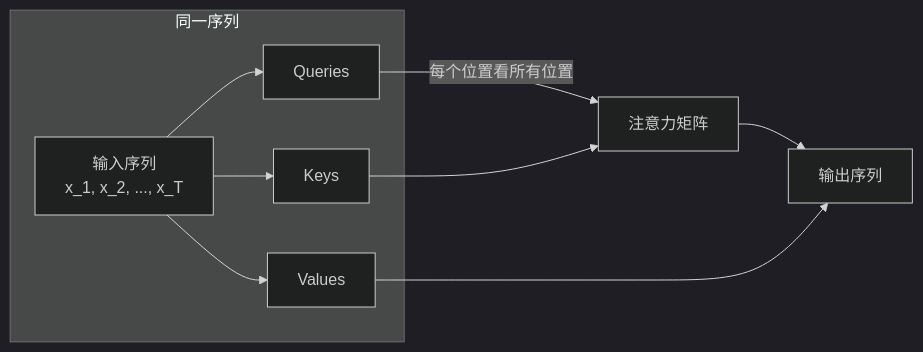
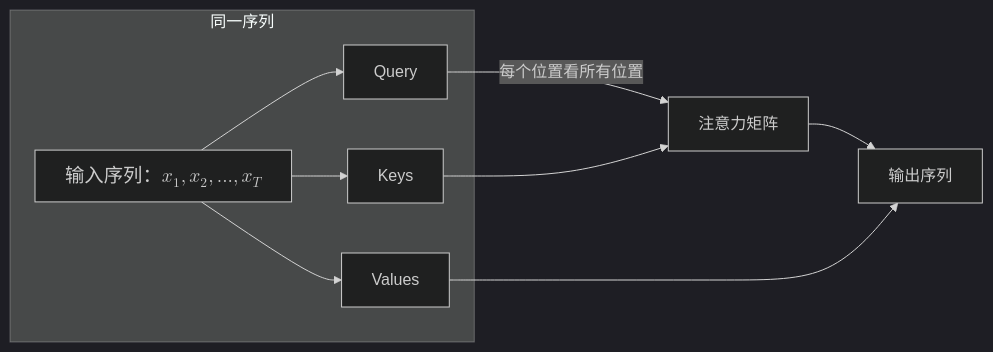
Before and after one commit to fenixsoft/dmla: the third of 4 diagrams in docs/language-models/architecture-basics/transformer-architecture.md, drawn with Mermaid (dark theme). The commit also changed other lines of this file and 23 other files, not shown here.

````diff
--- a/docs/language-models/architecture-basics/transformer-architecture.md
+++ b/docs/language-models/architecture-basics/transformer-architecture.md
@@ -70,18 +79,18 @@
-```mermaid
+```mermaid compact
 graph LR
     subgraph 同一序列
-        X["输入序列<br/>x_1, x_2, ..., x_T"]
-        Q["Queries"]
+        X["$$输入序列：x_1, x_2, ..., x_T$$"]
+        Q["Query"]
         K["Keys"]
         V["Values"]
     end
     
     X --> Q
     X --> K
     X --> V
     
     Q -->|"每个位置看所有位置"| ATT["注意力矩阵"]
     K --> ATT
     ATT --> OUT["输出序列"]
     V --> OUT
 ```
````
